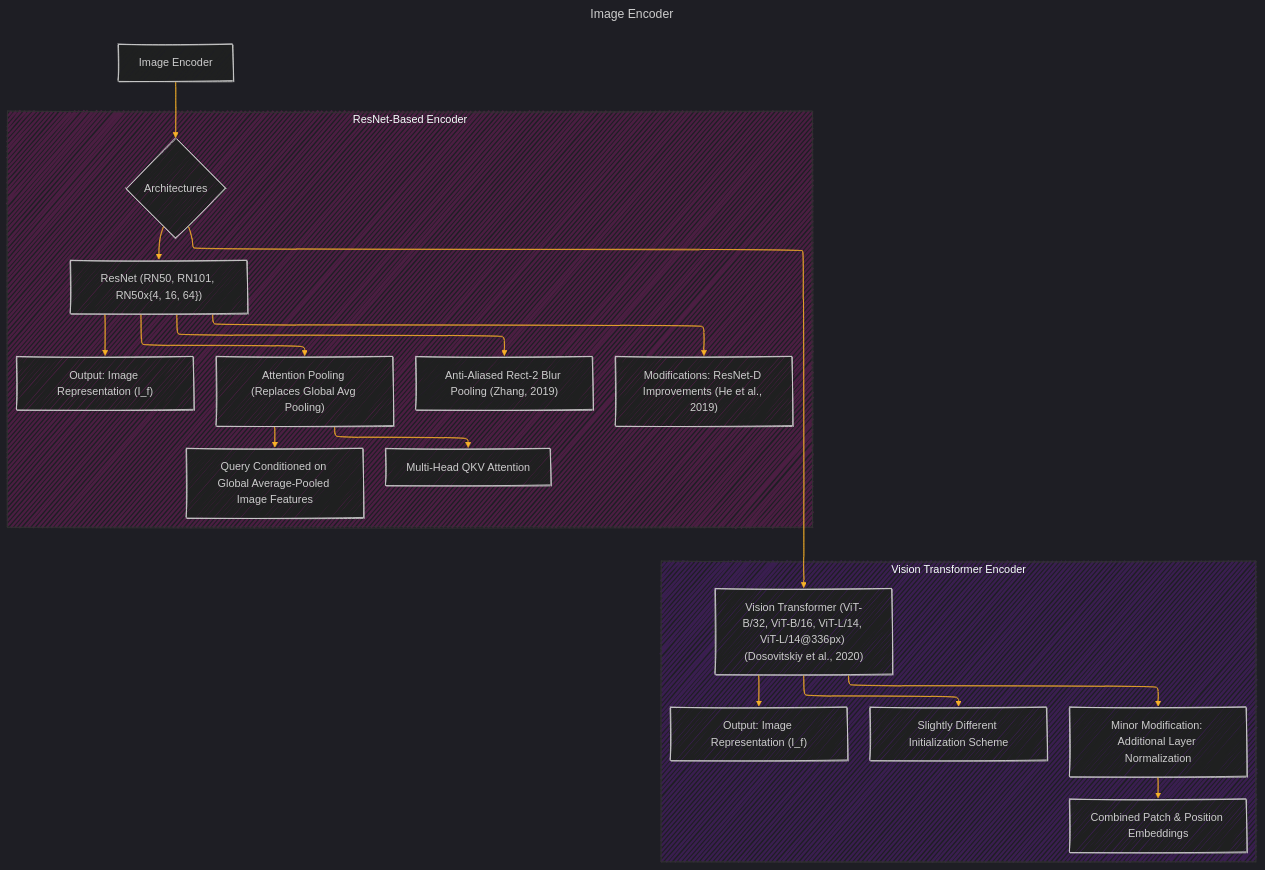
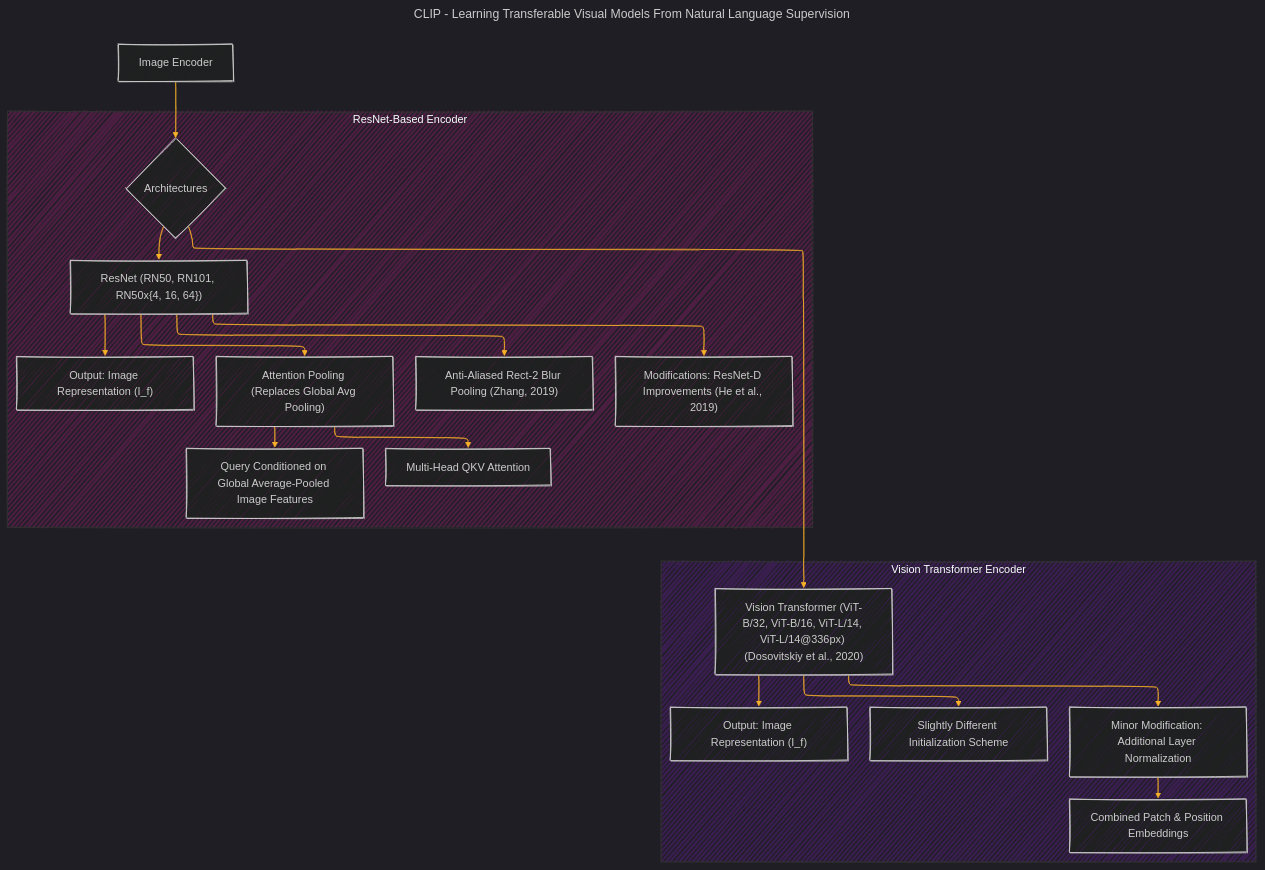
Before and after one commit to CongLeSolutionX/Synthetic-Zooniverse: the diagram in OPENAI/CLIP/Image_Encoder.md, drawn with Mermaid. The commit also changed 9 other files, not shown here.

````diff
--- a/OPENAI/CLIP/Image_Encoder.md
+++ b/OPENAI/CLIP/Image_Encoder.md
@@ -27,54 +27,54 @@
 ```mermaid
 ---
-title: "Image Encoder"
+title: "CLIP - Learning Transferable Visual Models From Natural Language Supervision"
 author: "Cong Le"
 version: "1.0"
 license(s): "MIT, CC BY 4.0"
 copyright: "Copyright (c) 2025 Cong Le. All Rights Reserved."
 config:
   layout: elk
   look: handDrawn
   theme: dark
 ---
 %%%%%%%% Mermaid version v11.4.1-b.14
 %%%%%%%% Toggle theme value to `base` to activate the initilization below for the customized theme version.
 %%%%%%%% Available curve styles include the following keywords:
 %% basis, bumpX, bumpY, cardinal, catmullRom, linear, monotoneX, monotoneY, natural, step, stepAfter, stepBefore.
 %%{
   init: {
     "graph": { "htmlLabels": false, 'curve': 'linear' },
     'fontFamily': 'Fantasy',
     'themeVariables': {
       'primaryColor': '#ffff',
       'primaryTextColor': '#55ff',
       'primaryBorderColor': '#7c2',
       'lineColor': '#F8B229',
       'secondaryColor': '#006100',
       'tertiaryColor': '#fff'
     }
   }
 }%%
 graph TD
-    A[Image Encoder] --> B{Architectures};
+    A["Image Encoder"] --> B{"Architectures"}
     
     subgraph ResNet_Encoder ["ResNet-Based Encoder"]
     style ResNet_Encoder fill:#f2b3,stroke:#333,stroke-width:1px;
         B --> C["ResNet (RN50, RN101, RN50x{4, 16, 64})"]
         C --> CA["Modifications: ResNet-D Improvements (He et al., 2019)"]
         C --> CB["Anti-Aliased Rect-2 Blur Pooling (Zhang, 2019)"]
         C --> CC["Attention Pooling (Replaces Global Avg Pooling)"]
         CC --> CCA[Multi-Head QKV Attention];
         CC --> CCB[Query Conditioned on Global Average-Pooled Image Features];
         C --> CD["Output: Image Representation (I_f)"]
     end
     
     subgraph Vision_Transformer_Encoder ["Vision Transformer Encoder"]
     style Vision_Transformer_Encoder fill:#a2f3,stroke:#333,stroke-width:1px;
         B --> D["Vision Transformer (ViT-B/32, ViT-B/16, ViT-L/14, ViT-L/14@336px) (Dosovitskiy et al., 2020)"]
         D --> DA[Minor Modification: Additional Layer Normalization];
         DA --> DAA[Combined Patch & Position Embeddings];
         D --> DB[Slightly Different Initialization Scheme];
         D --> DC["Output: Image Representation (I_f)"]
     end
     
 ```
````
